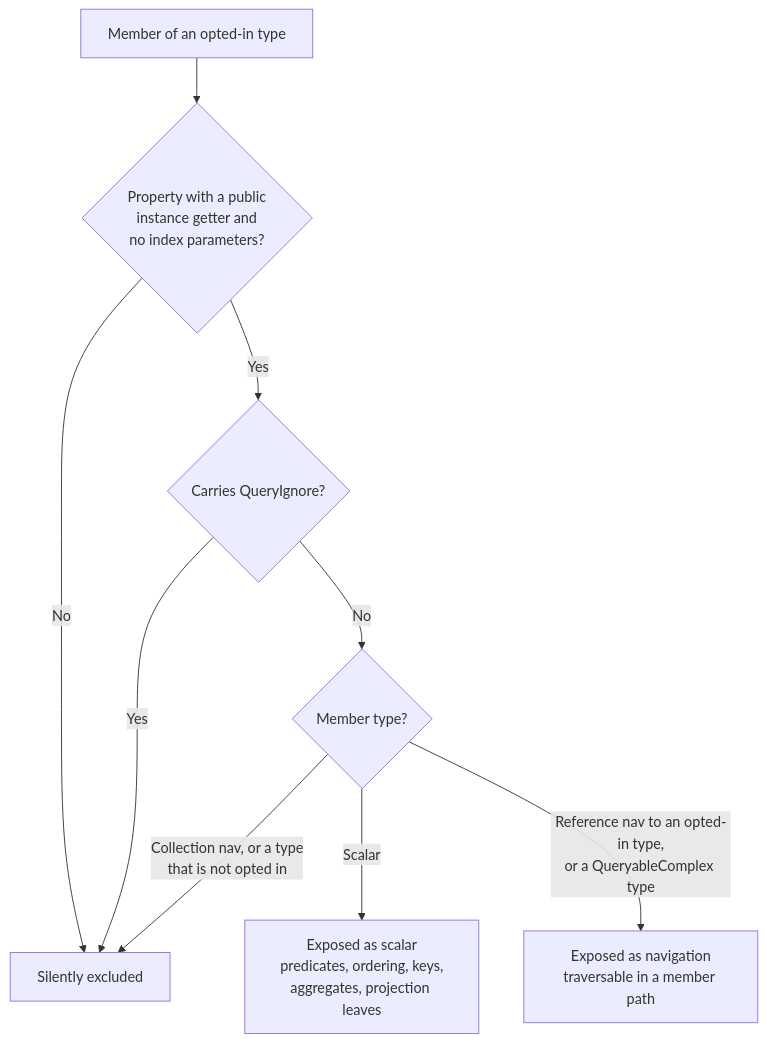
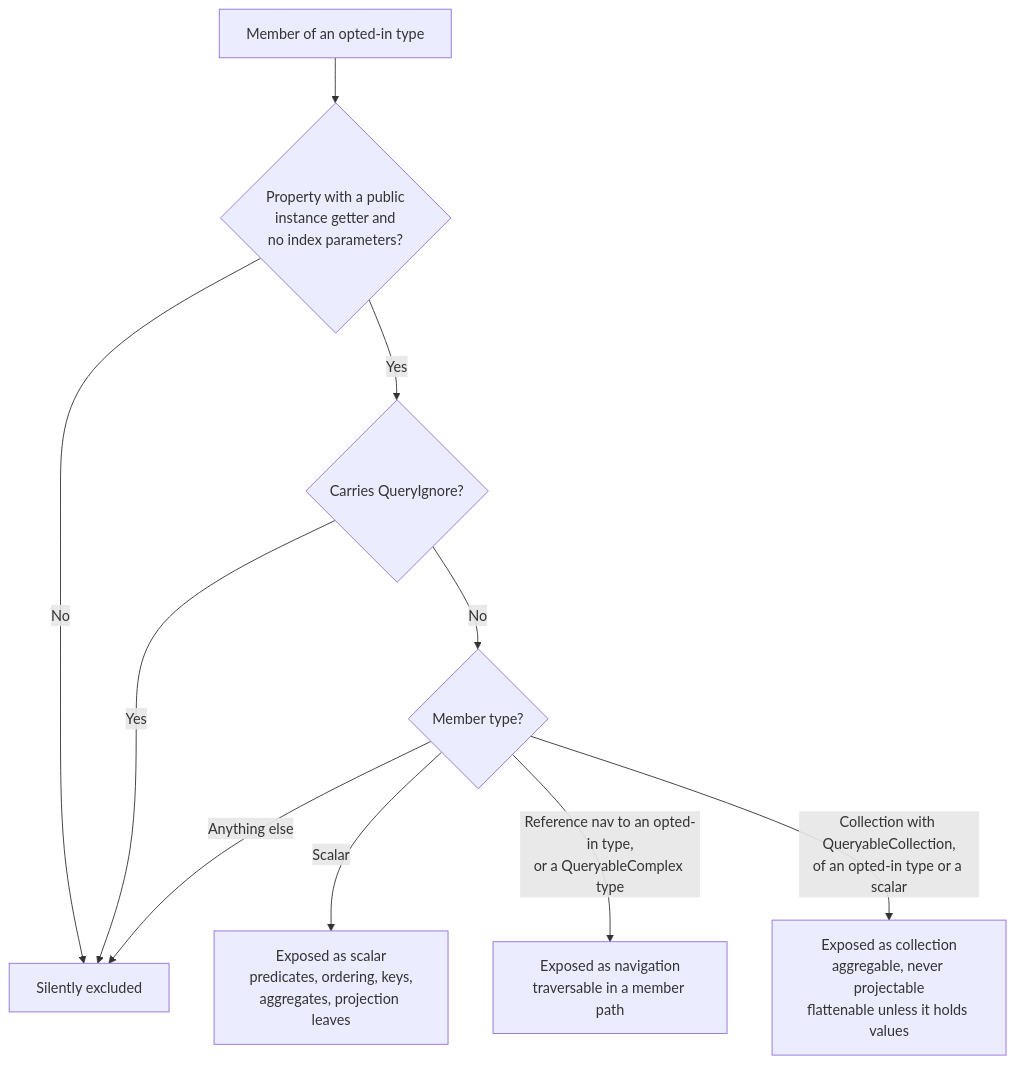
The diagram in docs/annotations.md (Papyrine/Scry), drawn with Mermaid before and after one commit. The commit also changed other lines of this file and 33 other files, not shown here.

````diff
--- a/docs/annotations.md
+++ b/docs/annotations.md
@@ -496,11 +526,12 @@
 ```mermaid
 flowchart TD
     M[Member of an opted-in type] --> Q1{Property with a public<br/>instance getter and<br/>no index parameters?}
     Q1 -- No --> X[Silently excluded]
     Q1 -- Yes --> Q2{Carries QueryIgnore?}
     Q2 -- Yes --> X
     Q2 -- No --> Q3{Member type?}
     Q3 -- Scalar --> S[Exposed as scalar<br/>predicates, ordering, keys,<br/>aggregates, projection leaves]
     Q3 -- Reference nav to an opted-in type,<br/>or a QueryableComplex type --> N[Exposed as navigation<br/>traversable in a member path]
-    Q3 -- Collection nav, or a type<br/>that is not opted in --> X
+    Q3 -- Collection with QueryableCollection,<br/>of an opted-in type or a scalar --> C[Exposed as collection<br/>aggregable, never projectable<br/>flattenable unless it holds values]
+    Q3 -- Anything else --> X
 ```
````
